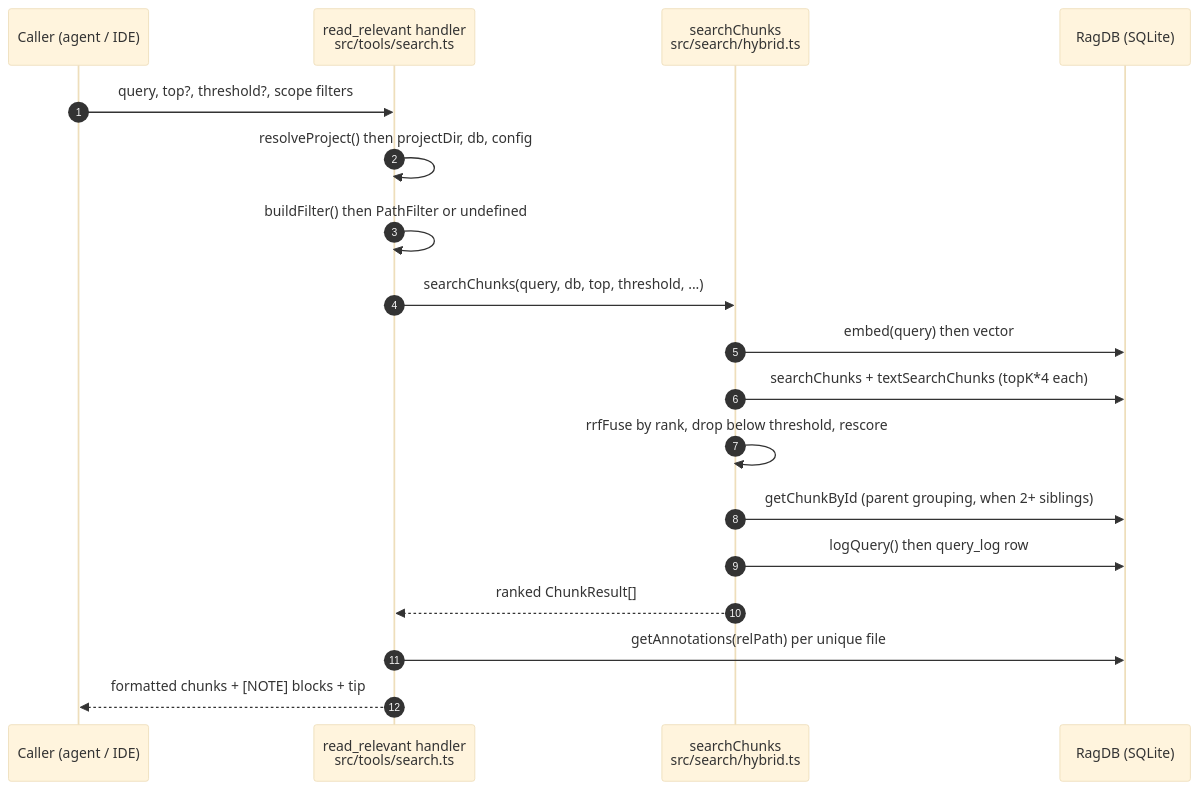
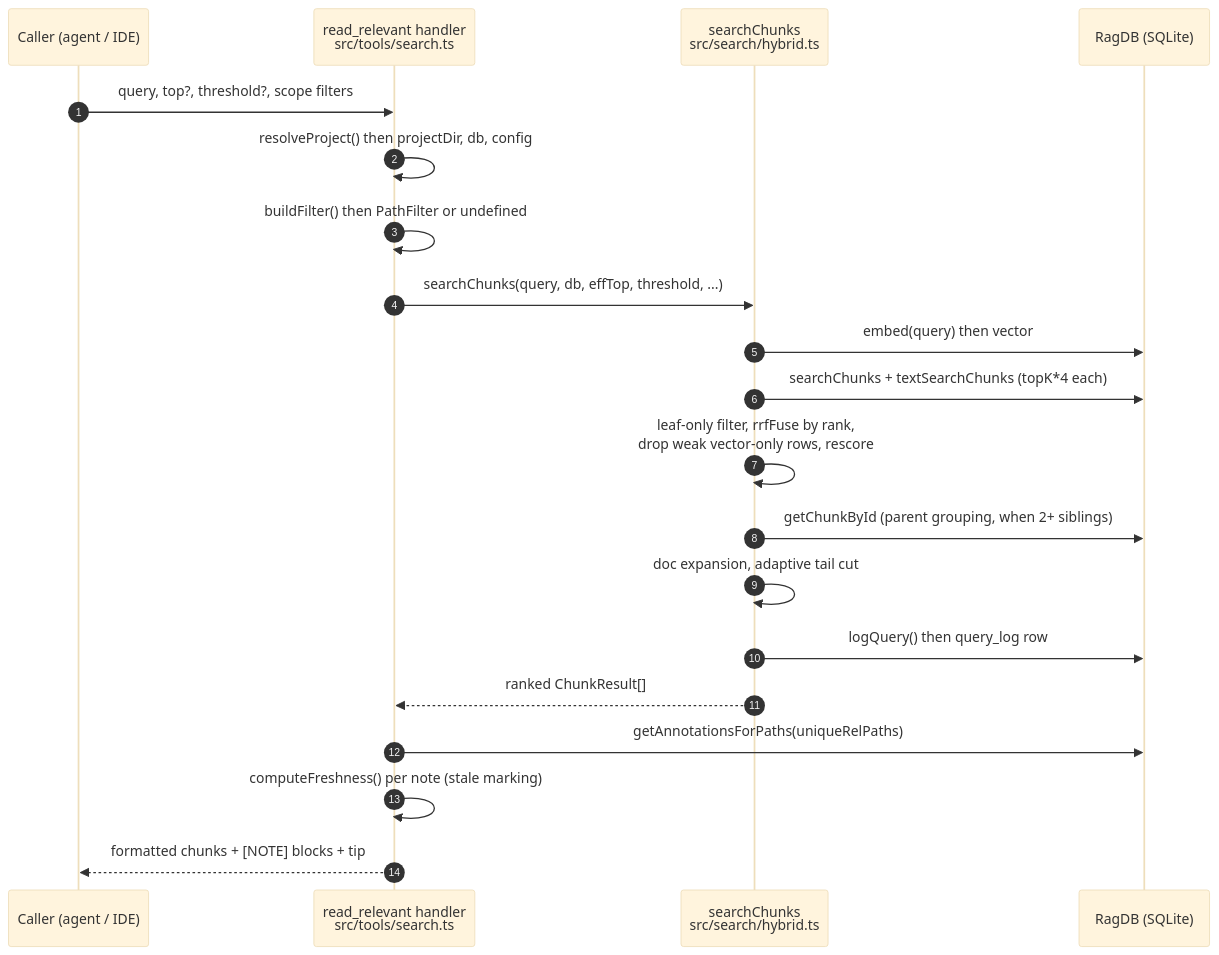
One commit to TheWinci/mimirs changed the diagram in wiki/tools/read-relevant.md. Above: the diagram before and after it, drawn with Mermaid (base theme). The commit also changed other lines of this file and 58 other files, not shown here.

````diff
--- a/wiki/tools/read-relevant.md
+++ b/wiki/tools/read-relevant.md
@@ -32,20 +32,22 @@
 ```mermaid
 sequenceDiagram
     autonumber
     participant Caller as Caller (agent / IDE)
     participant Handler as read_relevant handler<br>src/tools/search.ts
     participant Engine as searchChunks<br>src/search/hybrid.ts
     participant Store as RagDB (SQLite)
     Caller->>Handler: query, top?, threshold?, scope filters
     Handler->>Handler: resolveProject() then projectDir, db, config
     Handler->>Handler: buildFilter() then PathFilter or undefined
-    Handler->>Engine: searchChunks(query, db, top, threshold, ...)
+    Handler->>Engine: searchChunks(query, db, effTop, threshold, ...)
     Engine->>Store: embed(query) then vector
     Engine->>Store: searchChunks + textSearchChunks (topK*4 each)
-    Engine->>Engine: rrfFuse by rank, drop below threshold, rescore
+    Engine->>Engine: leaf-only filter, rrfFuse by rank,<br>drop weak vector-only rows, rescore
     Engine->>Store: getChunkById (parent grouping, when 2+ siblings)
+    Engine->>Engine: doc expansion, adaptive tail cut
     Engine->>Store: logQuery() then query_log row
     Engine-->>Handler: ranked ChunkResult[]
-    Handler->>Store: getAnnotations(relPath) per unique file
+    Handler->>Store: getAnnotationsForPaths(uniqueRelPaths)
+    Handler->>Handler: computeFreshness() per note (stale marking)
     Handler-->>Caller: formatted chunks + [NOTE] blocks + tip
 ```
````
